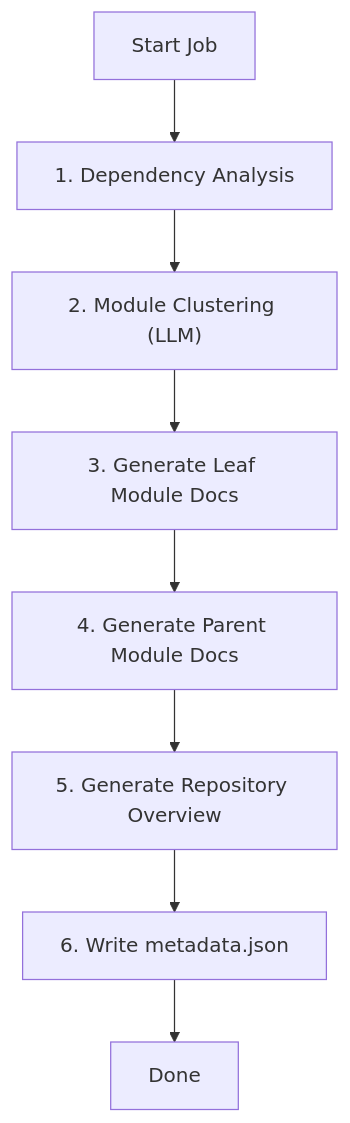
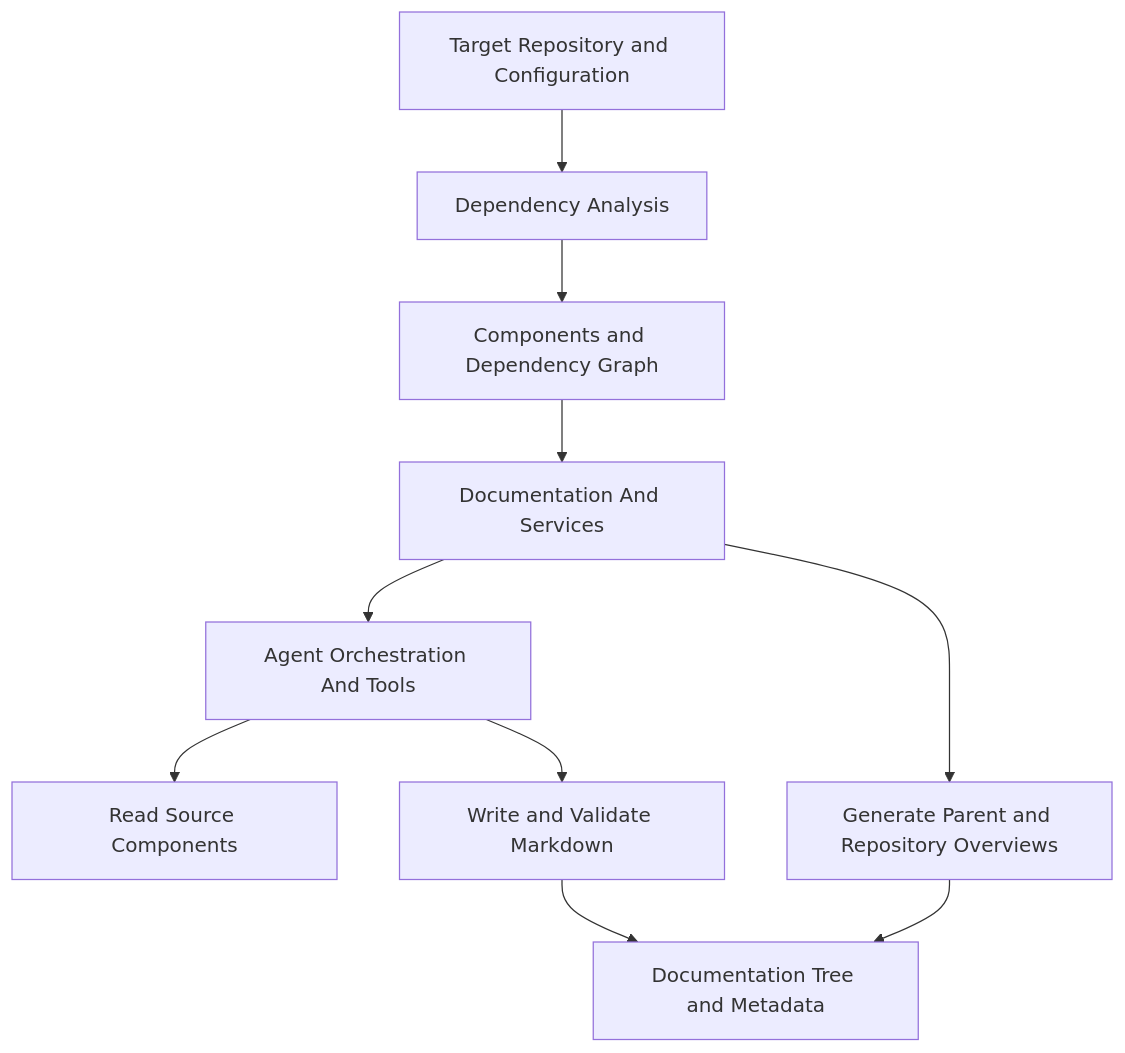
Before and after one commit to flamingo-stack/CodeWiki: the second of 3 diagrams in docs/development/architecture/README.md, drawn with Mermaid. The commit also changed other lines of this file and 275 other files, not shown here.

````diff
--- a/docs/development/architecture/README.md
+++ b/docs/development/architecture/README.md
@@ -56,10 +49,12 @@
 ```mermaid
 flowchart TD
-    Start["Start Job"] --> DepAnalysis["1. Dependency Analysis"]
-    DepAnalysis --> Cluster["2. Module Clustering (LLM)"]
-    Cluster --> LeafDocs["3. Generate Leaf Module Docs"]
-    LeafDocs --> ParentDocs["4. Generate Parent Module Docs"]
-    ParentDocs --> Overview["5. Generate Repository Overview"]
-    Overview --> Metadata["6. Write metadata.json"]
-    Metadata --> EndNode["Done"]
+    Input["Target Repository and Configuration"] --> Analysis["Dependency Analysis"]
+    Analysis --> Graph["Components and Dependency Graph"]
+    Graph --> Documentation["Documentation And Services"]
+    Documentation --> Orchestration["Agent Orchestration And Tools"]
+    Orchestration --> Source["Read Source Components"]
+    Orchestration --> Docs["Write and Validate Markdown"]
+    Documentation --> Overview["Generate Parent and Repository Overviews"]
+    Docs --> Output["Documentation Tree and Metadata"]
+    Overview --> Output
 ```
````
